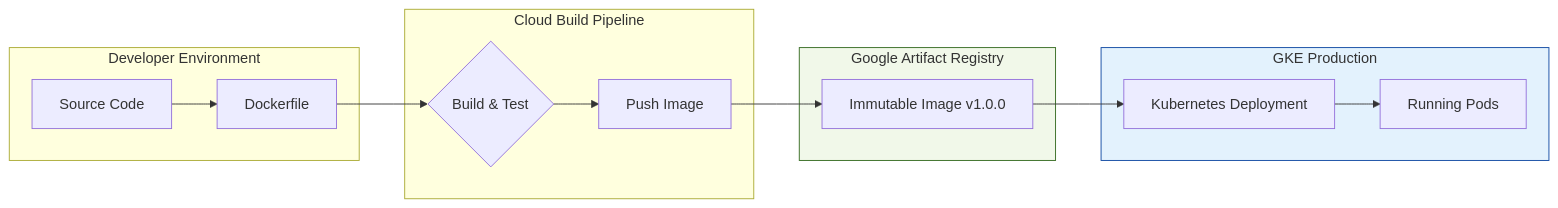
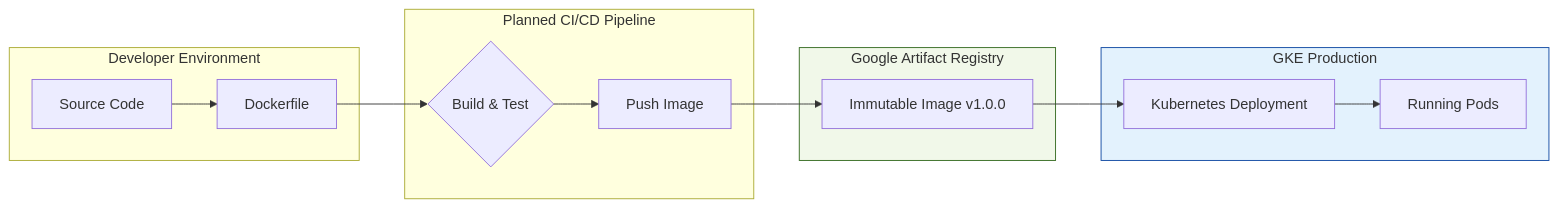
The fourth of 4 diagrams in README.md (razackou/gke-strangler-fig-architecture), drawn with Mermaid before and after one commit. The commit also changed other lines of this file and 1 other file, not shown here.

Commit message:
adding diagrams to README

````diff
--- a/README.md
+++ b/README.md
@@ -274,23 +295,23 @@
 ```mermaid
 graph LR
     subgraph Workstation [Developer Environment]
         Code[Source Code] --> DF[Dockerfile]
     end
-    
-    subgraph CI_CD [Cloud Build Pipeline]
+
+    subgraph CI_CD [Planned CI/CD Pipeline]
         DF --> Build{Build & Test}
         Build --> Push[Push Image]
     end
-    
+
     subgraph Registry [Google Artifact Registry]
         Push --> Img[Immutable Image v1.0.0]
     end
-    
+
     subgraph Runtime [GKE Production]
         Img --> Deploy[Kubernetes Deployment]
         Deploy --> Replicas[Running Pods]
     end
 
     style Registry fill:#f1f8e9,stroke:#33691e
     style Runtime fill:#e3f2fd,stroke:#0d47a1
 ```
````
